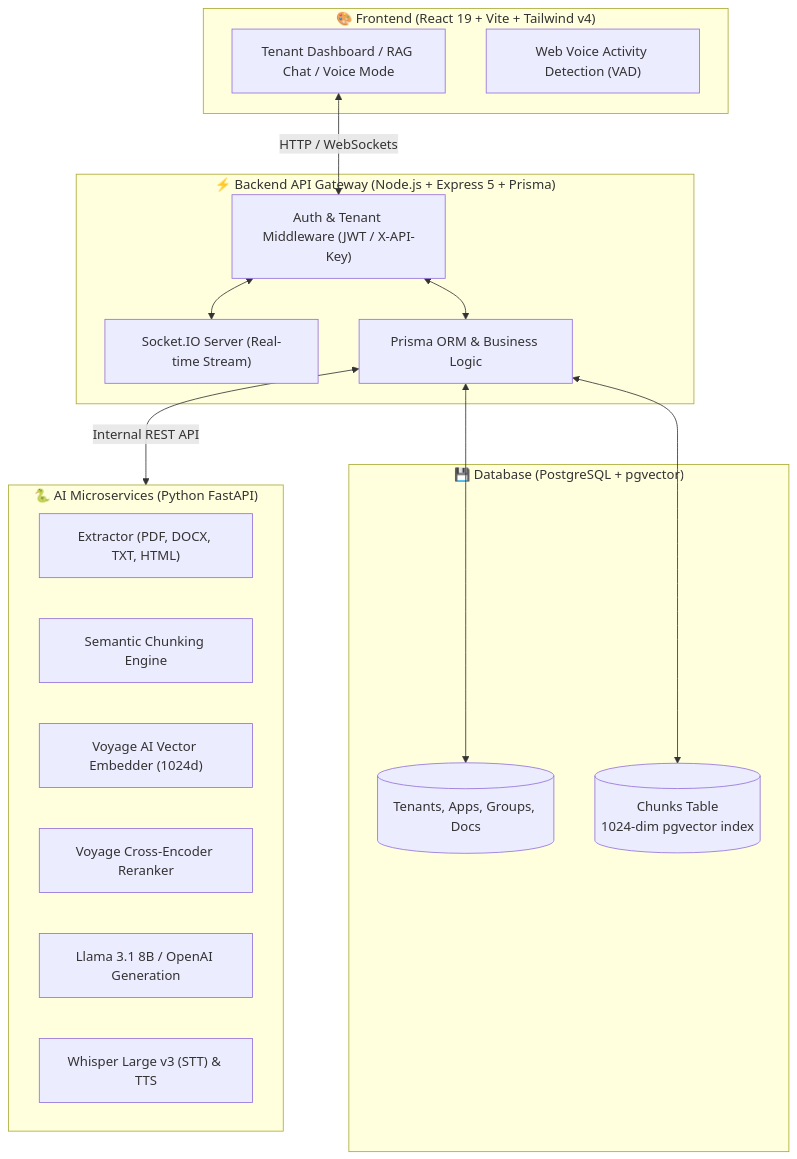
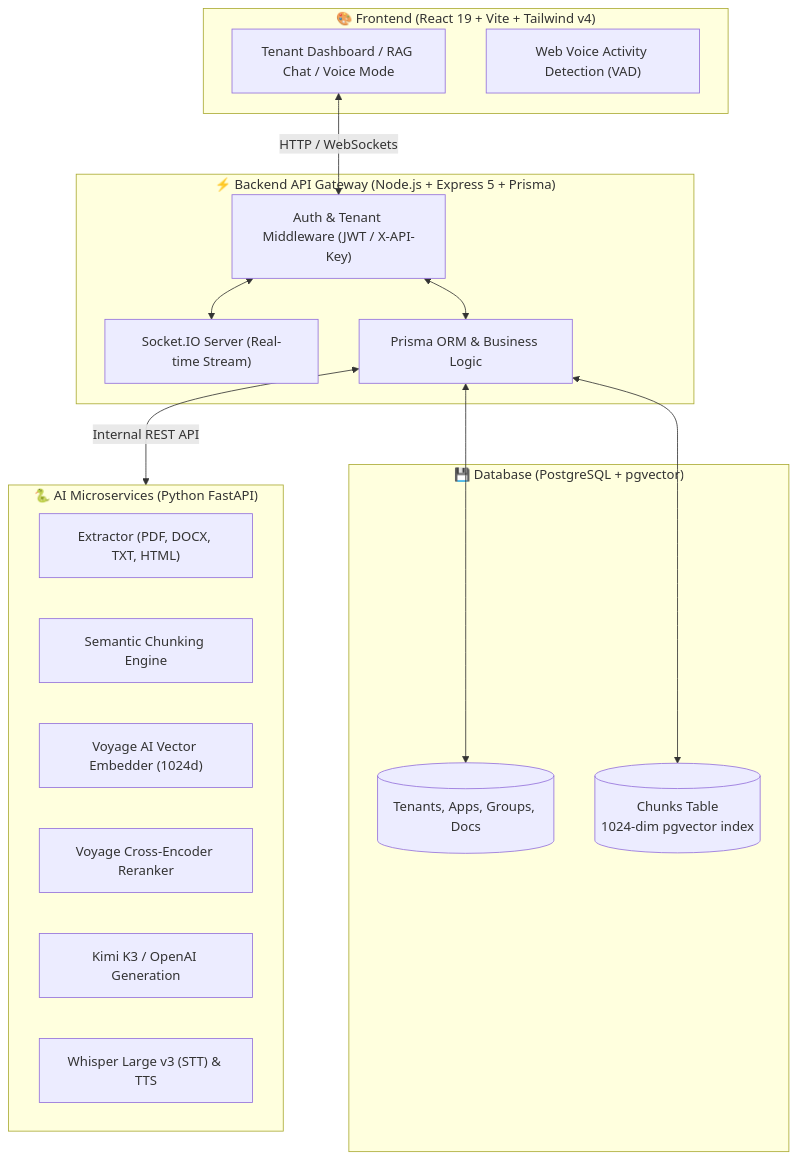
Before and after one commit to maheshn567/vector_valut-RAG-: the diagram in README.md, drawn with Mermaid. The commit also changed other lines of this file and 2 other files, not shown here.

First line of the commit message:
Switch LLM generation provider from Llama 3.1 to Kimi K3

````diff
--- a/README.md
+++ b/README.md
@@ -50,33 +50,33 @@
 ```mermaid
 flowchart TB
     subgraph Frontend ["🎨 Frontend (React 19 + Vite + Tailwind v4)"]
         UI["Tenant Dashboard / RAG Chat / Voice Mode"]
         VAD["Web Voice Activity Detection (VAD)"]
     end
 
     subgraph Gateway ["⚡ Backend API Gateway (Node.js + Express 5 + Prisma)"]
         Auth["Auth & Tenant Middleware (JWT / X-API-Key)"]
         Sockets["Socket.IO Server (Real-time Stream)"]
         DbLogic["Prisma ORM & Business Logic"]
     end
 
     subgraph Database ["💾 Database (PostgreSQL + pgvector)"]
         TenantDB[("Tenants, Apps, Groups, Docs")]
         VectorStore[("Chunks Table\n1024-dim pgvector index")]
     end
 
     subgraph Microservices ["🐍 AI Microservices (Python FastAPI)"]
         ExtractService["Extractor (PDF, DOCX, TXT, HTML)"]
         ChunkService["Semantic Chunking Engine"]
         EmbedService["Voyage AI Vector Embedder (1024d)"]
         RerankService["Voyage Cross-Encoder Reranker"]
-        LLMService["Llama 3.1 8B / OpenAI Generation"]
+        LLMService["Kimi K3 / OpenAI Generation"]
         VoiceService["Whisper Large v3 (STT) & TTS"]
     end
 
     UI <-->|HTTP / WebSockets| Auth
     Auth <--> Sockets
     Auth <--> DbLogic
     DbLogic <--> TenantDB & VectorStore
     DbLogic <-->|Internal REST API| Microservices
 ```
````
